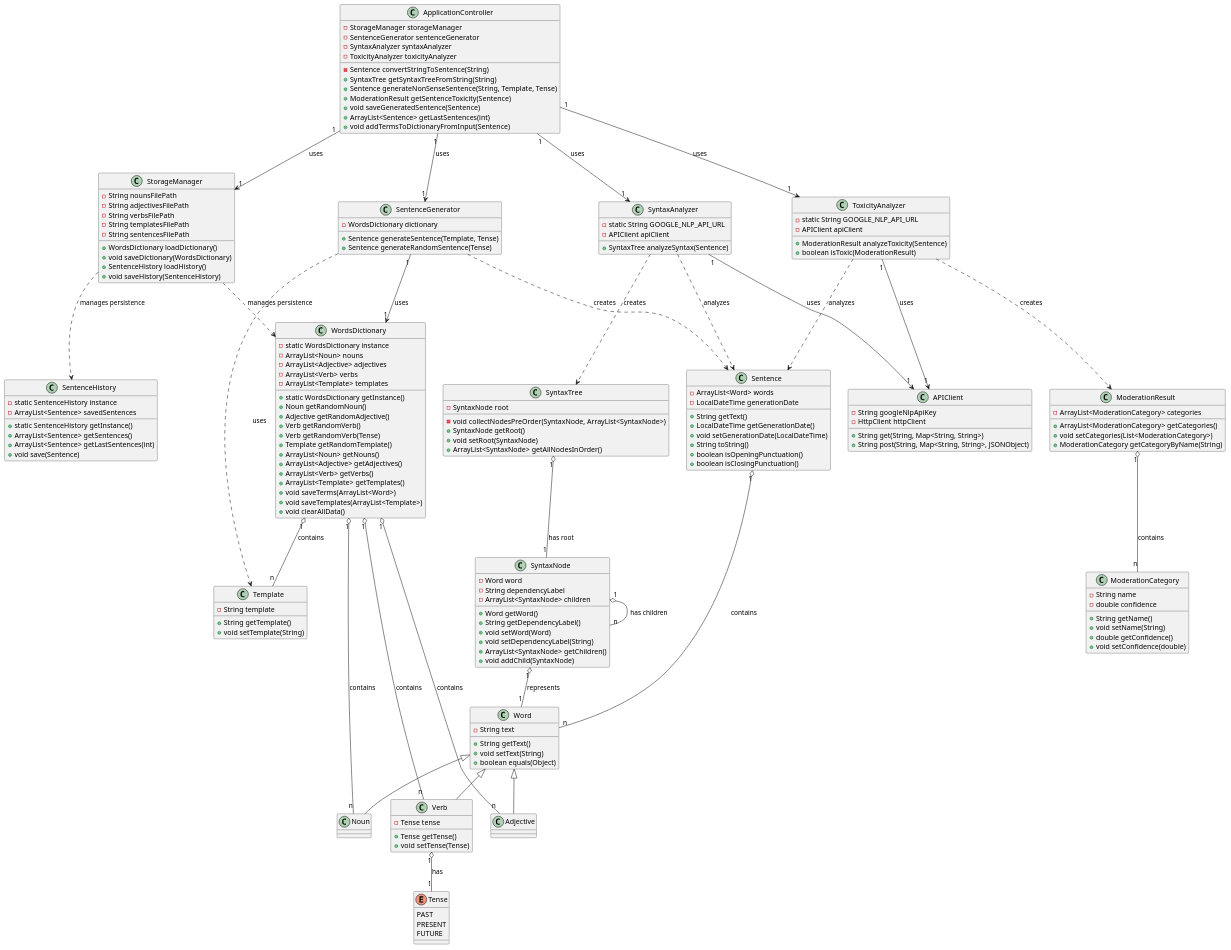
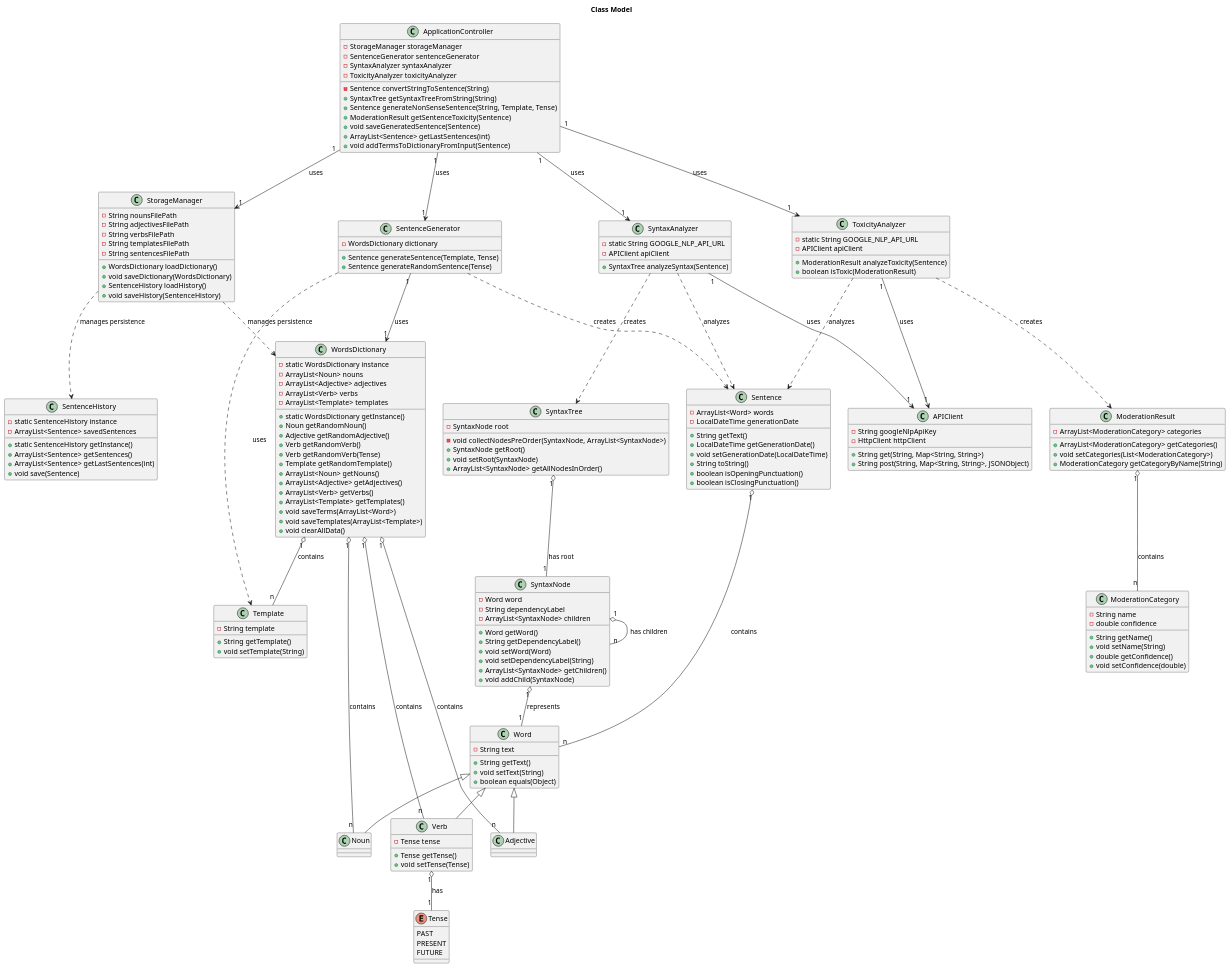
The diagram in docs/diagrams/classmodel.plantuml (liamtoaldo/NonSenseGenerator), drawn with PlantUML before and after one commit. The commit also changed 1 other file, not shown here.

Commit message:
NEW - Domain model

```diff
--- a/docs/diagrams/classmodel.plantuml
+++ b/docs/diagrams/classmodel.plantuml
@@ -1,4 +1,5 @@
 @startuml
+title Class Model
 
 class Sentence {
     -ArrayList<Word> words
```
